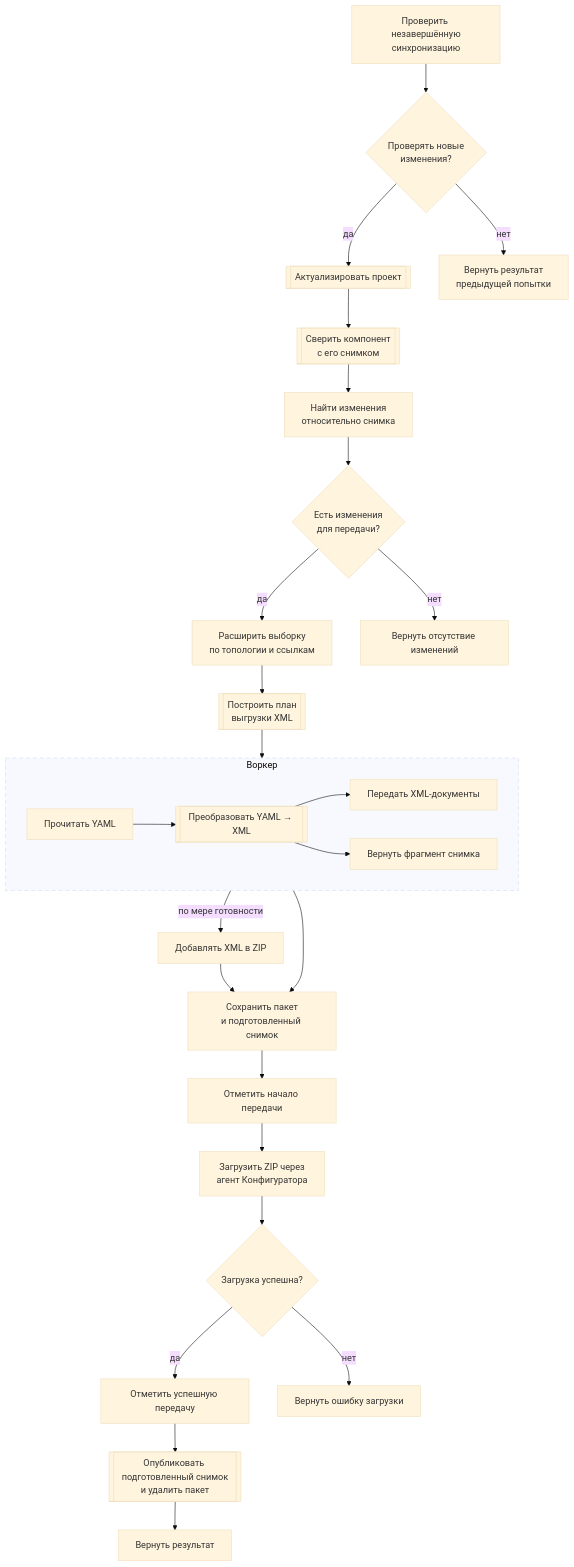
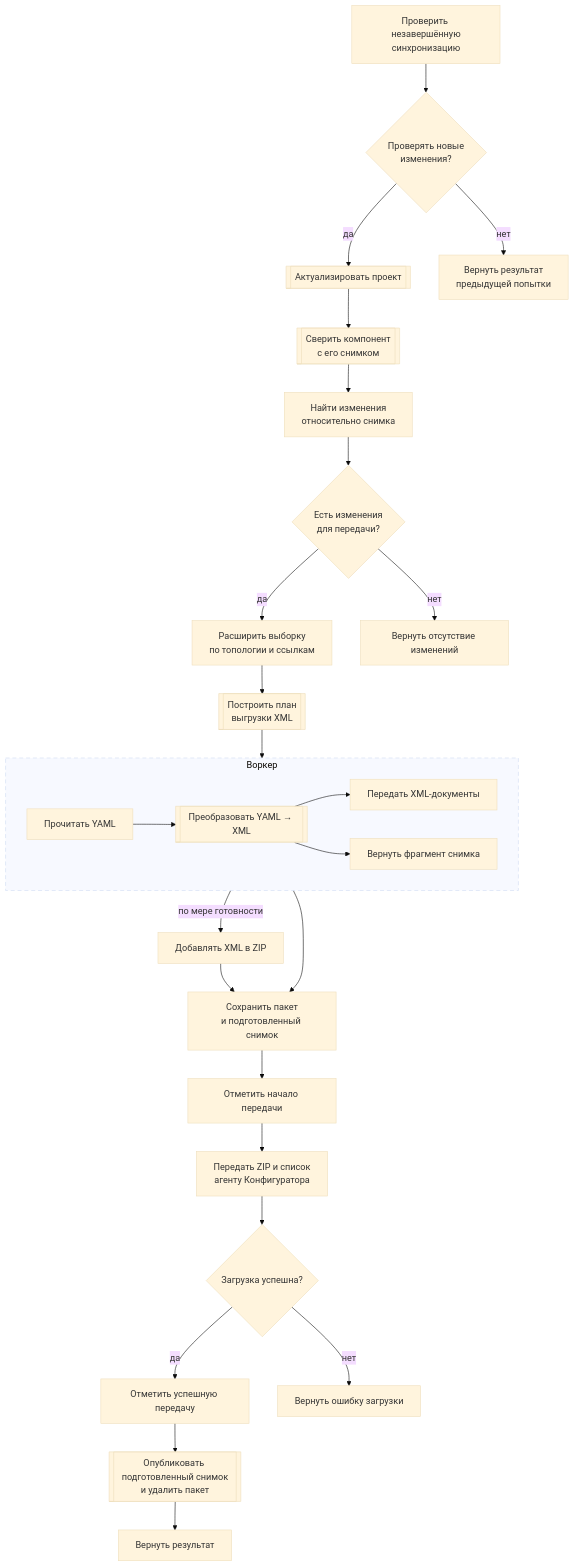
One commit to crimsongoldteam/nkdk changed the ninth of 11 diagrams in .agents/architecture.md. Above: the diagram before and after it, drawn with Mermaid (base theme). The commit also changed other lines of this file and 9 other files, not shown here.

First line of the commit message:
fix: :bug: загрузить частичный ZIP командой EDT

````diff
--- a/.agents/architecture.md
+++ b/.agents/architecture.md
@@ -287,43 +287,43 @@
 ```mermaid
 flowchart TD
   pending["Проверить незавершённую<br/>синхронизацию"]
   proceed{"Проверять новые<br/>изменения?"}
   validate[["Актуализировать проект"]]
   target[["Сверить компонент<br/>с его снимком"]]
   changes["Найти изменения<br/>относительно снимка"]
   work{"Есть изменения<br/>для передачи?"}
   impact["Расширить выборку<br/>по топологии и ссылкам"]
   plan[["Построить план<br/>выгрузки XML"]]
 
   subgraph partialSyncJob["Воркер"]
     direction LR
     readYaml["Прочитать YAML"] --> toXml[["Преобразовать YAML → XML"]]
     toXml --> document["Передать XML-документы"]
     toXml --> fragment["Вернуть фрагмент снимка"]
   end
 
   archive["Добавлять XML в ZIP"]
   prepared["Сохранить пакет<br/>и подготовленный снимок"]
   noChanges["Вернуть отсутствие изменений"]
   previous["Вернуть результат<br/>предыдущей попытки"]
   transferring["Отметить начало передачи"]
-  load["Загрузить ZIP через<br/>агент Конфигуратора"]
+  load["Передать ZIP и список<br/>агенту Конфигуратора"]
   outcome{"Загрузка успешна?"}
   applied["Отметить успешную передачу"]
   publish[["Опубликовать подготовленный снимок<br/>и удалить пакет"]]
   result["Вернуть результат"]
   failure["Вернуть ошибку загрузки"]
 
   pending --> proceed
   proceed -- "да" --> validate
   proceed -- "нет" --> previous
   validate --> target --> changes --> work
   work -- "да" --> impact --> plan --> readYaml
   work -- "нет" --> noChanges
   document -- "по мере готовности" --> archive --> prepared
   fragment --> prepared
   prepared --> transferring --> load --> outcome
   outcome -- "да" --> applied --> publish --> result
   outcome -- "нет" --> failure
   style partialSyncJob stroke-dasharray: 7 5
 ```
````
